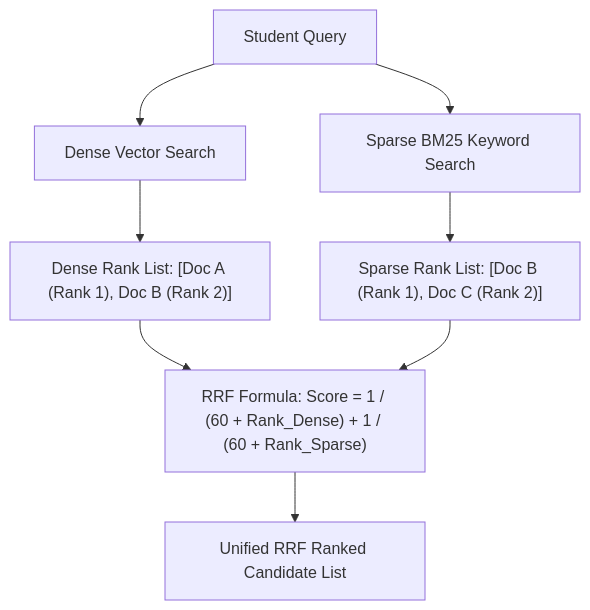
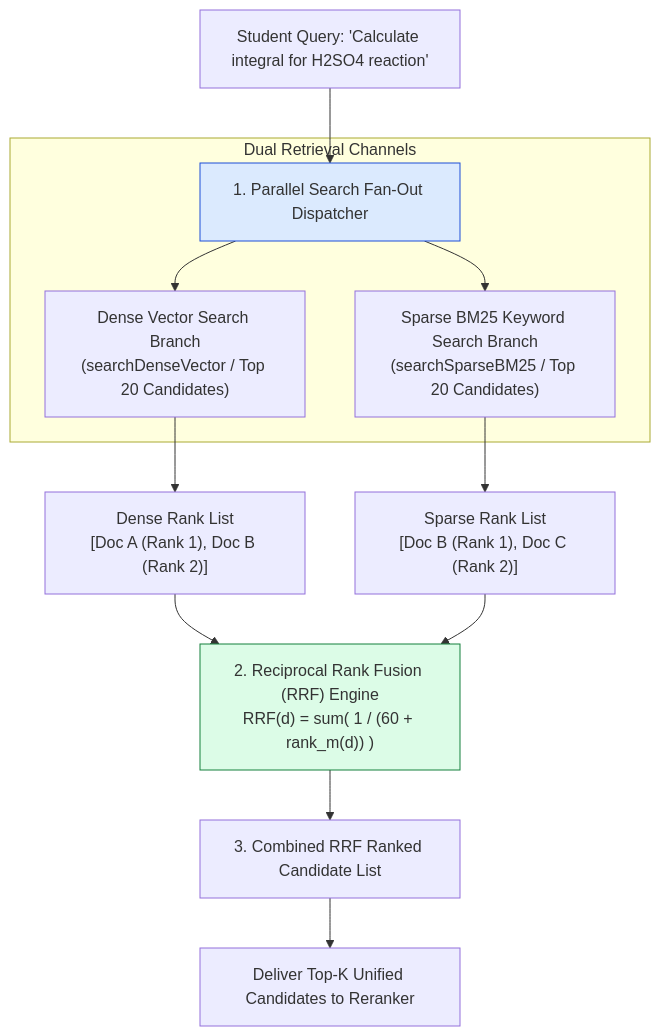
One commit to Amie-dev/engineering-playbook changed the first of 3 diagrams in agentic-ai-notes/03-vidya-rag/06-hybrid-search.md. Above: the diagram before and after it, drawn with Mermaid. The commit also changed other lines of this file and 14 other files, not shown here.

````diff
--- a/agentic-ai-notes/03-vidya-rag/06-hybrid-search.md
+++ b/agentic-ai-notes/03-vidya-rag/06-hybrid-search.md
@@ -10,13 +13,22 @@
 ```mermaid
 flowchart TD
-    UserQuery[Student Query] --> Dense[Dense Vector Search]
-    UserQuery --> Sparse[Sparse BM25 Keyword Search]
+    UserQuery[Student Query: 'Calculate integral for H2SO4 reaction'] --> FanOut["1. Parallel Search Fan-Out Dispatcher"]
 
-    Dense --> DenseRank["Dense Rank List: [Doc A (Rank 1), Doc B (Rank 2)]"]
-    Sparse --> SparseRank["Sparse Rank List: [Doc B (Rank 1), Doc C (Rank 2)]"]
+    subgraph Dual Retrieval Channels
+        FanOut --> DenseBranch["Dense Vector Search Branch<br/>(searchDenseVector / Top 20 Candidates)"]
+        FanOut --> SparseBranch["Sparse BM25 Keyword Search Branch<br/>(searchSparseBM25 / Top 20 Candidates)"]
+    end
 
-    DenseRank --> RRF["RRF Formula: Score = 1 / (60 + Rank_Dense) + 1 / (60 + Rank_Sparse)"]
-    SparseRank --> RRF
+    DenseBranch --> DenseList["Dense Rank List<br/>[Doc A (Rank 1), Doc B (Rank 2)]"]
+    SparseBranch --> SparseList["Sparse Rank List<br/>[Doc B (Rank 1), Doc C (Rank 2)]"]
 
-    RRF --> UnifiedList[Unified RRF Ranked Candidate List]
+    DenseList --> RRFEngine["2. Reciprocal Rank Fusion (RRF) Engine<br/>RRF(d) = sum( 1 / (60 + rank_m(d)) )"]
+    SparseList --> RRFEngine
+
+    RRFEngine --> SortedList["3. Combined RRF Ranked Candidate List"]
+
+    SortedList --> TopPassages[Deliver Top-K Unified Candidates to Reranker]
+
+    style FanOut fill:#dbeafe,stroke:#1d4ed8
+    style RRFEngine fill:#dcfce7,stroke:#15803d
 ```
````
